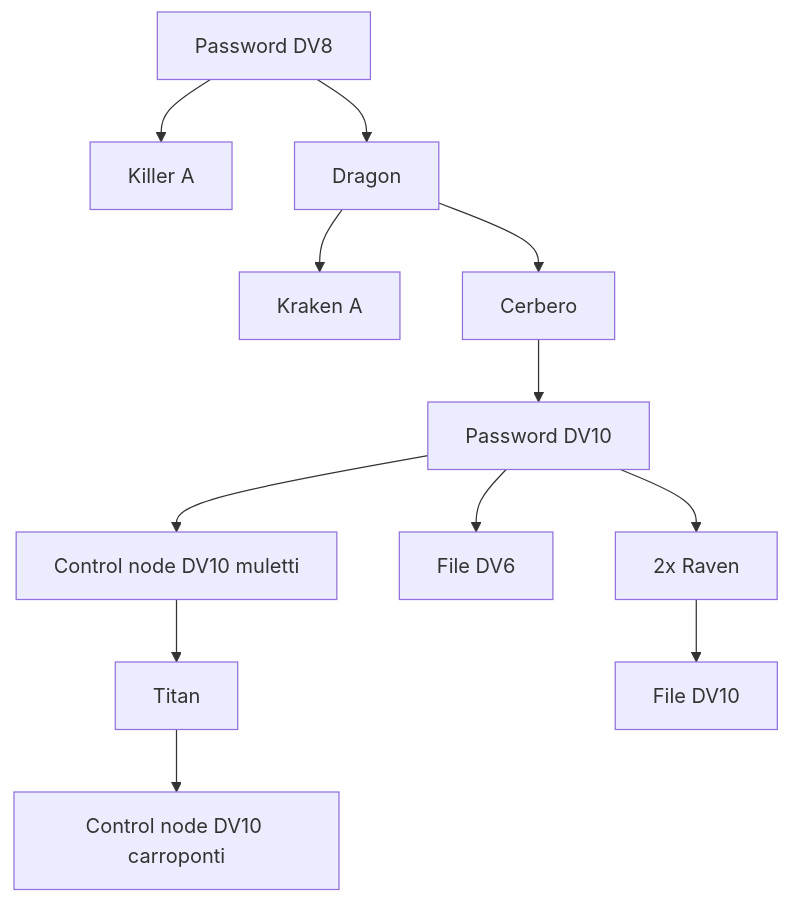
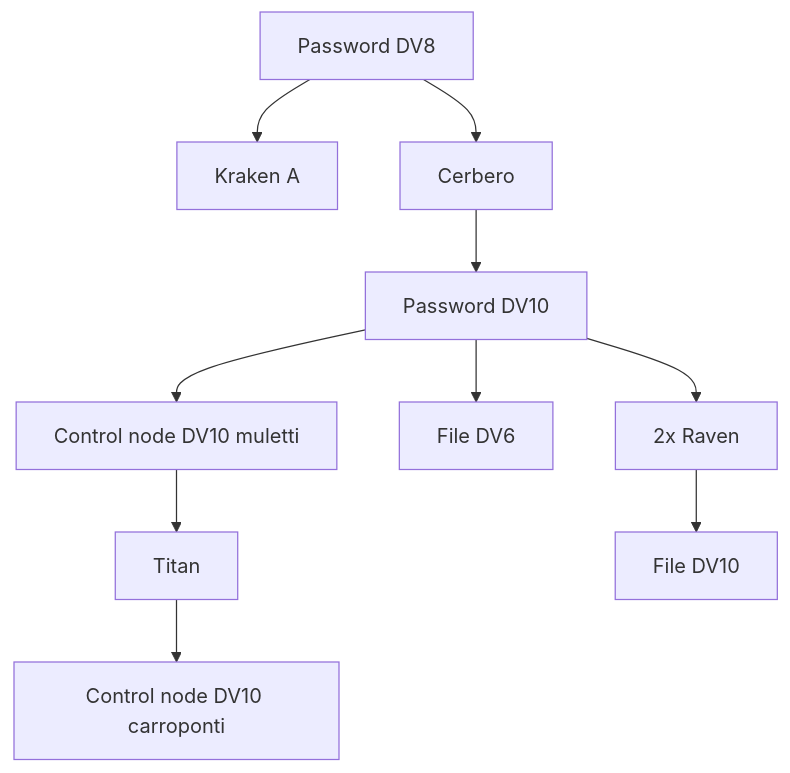
One commit to stefanofazio-vault/CyberpunkRED-vault changed the first of 2 diagrams in History/Sessioni/Sessione B2 - The Meeting Place.md. Above: the diagram before and after it, drawn with Mermaid. The commit also changed other lines of this file and 4 other files, not shown here.

````diff
--- a/History/Sessioni/Sessione B2 - The Meeting Place.md
+++ b/History/Sessioni/Sessione B2 - The Meeting Place.md
@@ -31,14 +31,12 @@
 ```mermaid
 flowchart TD
-	A[Password DV8] --> B[Killer A]
-	A --> C[Dragon]
-	C --> D[Kraken A]
-	C --> E[Cerbero]
+	A[Password DV8] --> D[Kraken A]
+	A --> E[Cerbero]
 	E --> F[Password DV10]
 	F --> G[Control node DV10 muletti]
 	F --> H[File DV6]
 	G --> J[Titan]
 	J --> I[Control node DV10 carroponti]
 	L --> K[File DV10]
 	F --> L[2x Raven]	 
 ```
````
